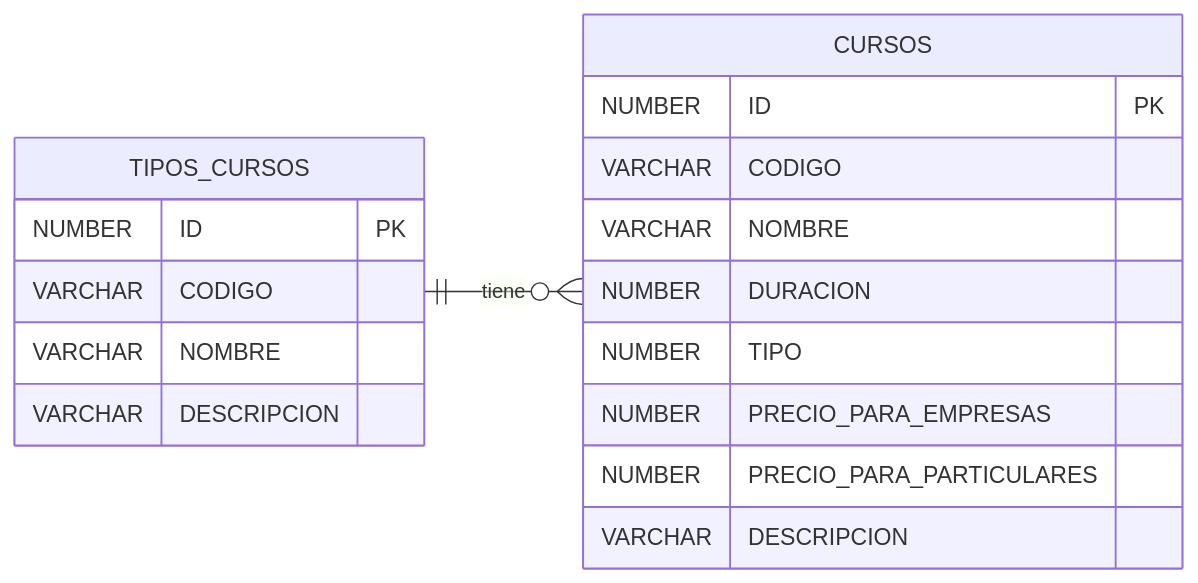
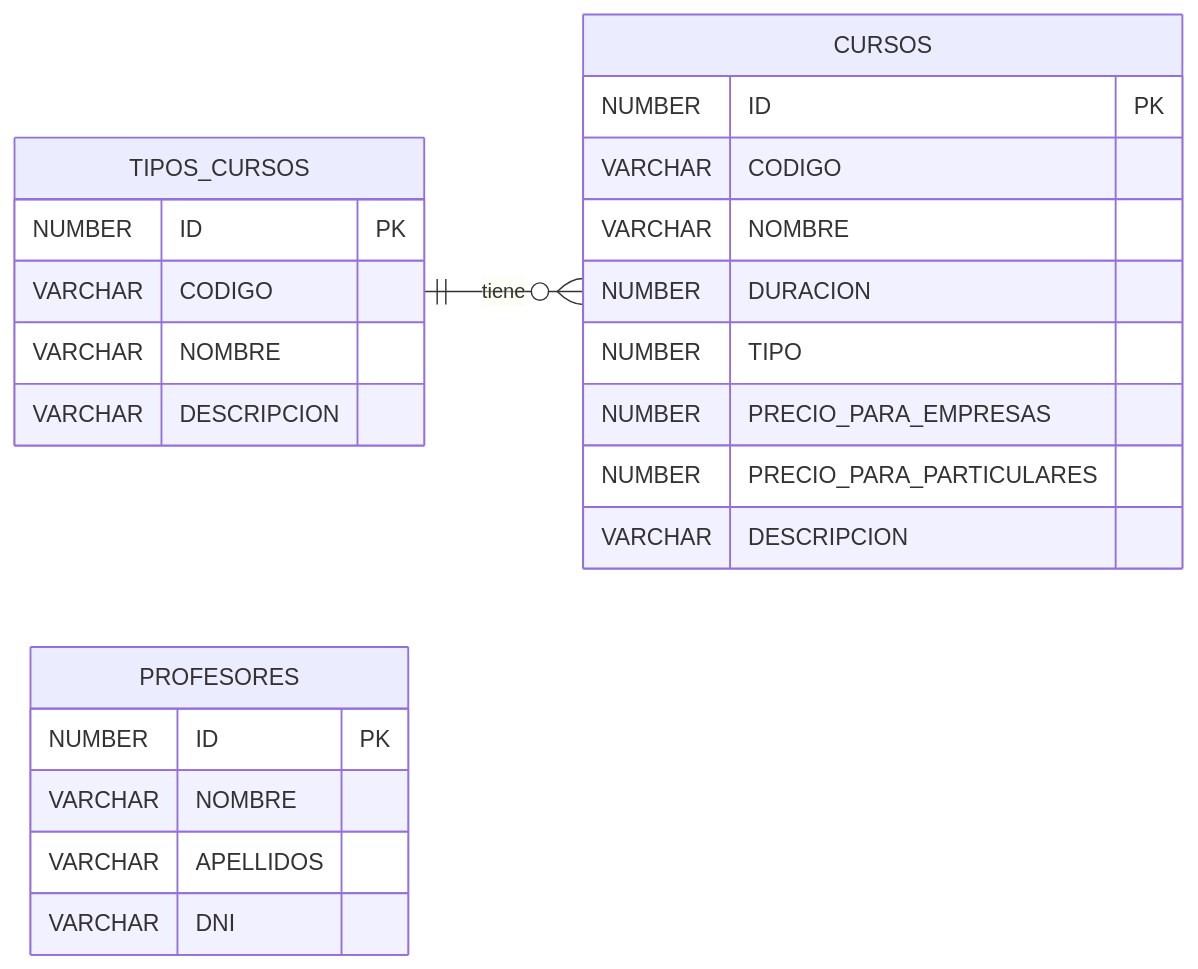
One commit to IvanciniGT/formacionPLSQL changed the diagram in notas/dia2.md. Above: the diagram before and after it, drawn with Mermaid. The commit also changed 1 other file, not shown here.

Commit message:
Funciones DNIs

````diff
--- a/notas/dia2.md
+++ b/notas/dia2.md
@@ -69,24 +69,31 @@
 ```mermaid
 erDiagram
     Direction LR
 
     TIPOS_CURSOS {
         NUMBER ID PK
         VARCHAR CODIGO
         VARCHAR NOMBRE
         VARCHAR DESCRIPCION
     }
 
     CURSOS {
         NUMBER ID PK
         VARCHAR CODIGO
         VARCHAR NOMBRE
         NUMBER DURACION
         NUMBER TIPO
         NUMBER PRECIO_PARA_EMPRESAS
         NUMBER PRECIO_PARA_PARTICULARES
         VARCHAR DESCRIPCION
     }
 
     TIPOS_CURSOS ||--o{ CURSOS : "tiene"
+
+    PROFESORES {
+        NUMBER ID PK
+        VARCHAR NOMBRE
+        VARCHAR APELLIDOS
+        VARCHAR DNI
+    }
 ```
````
